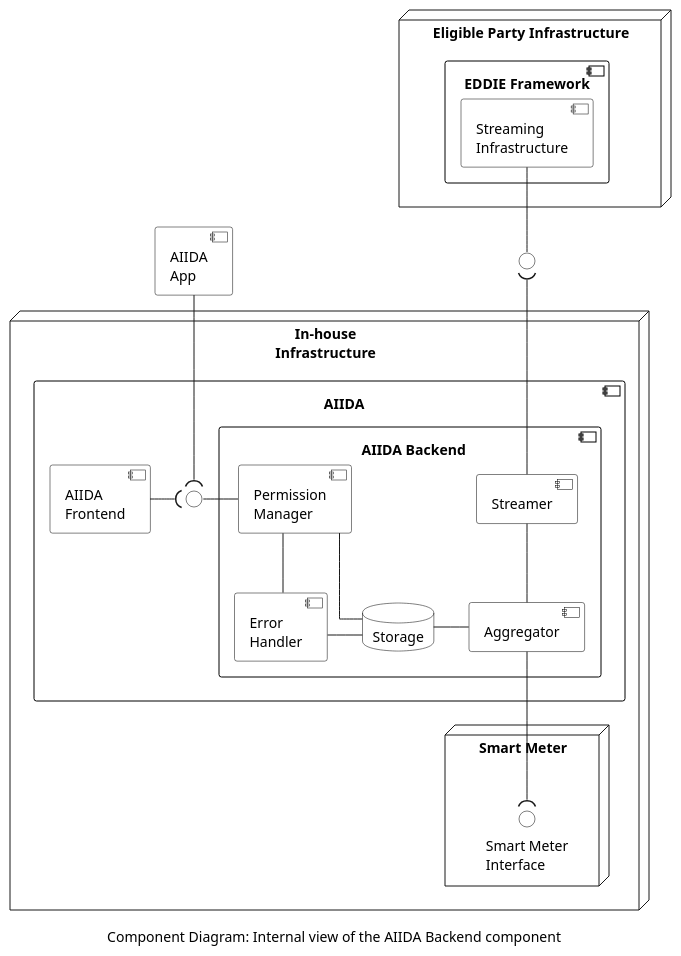
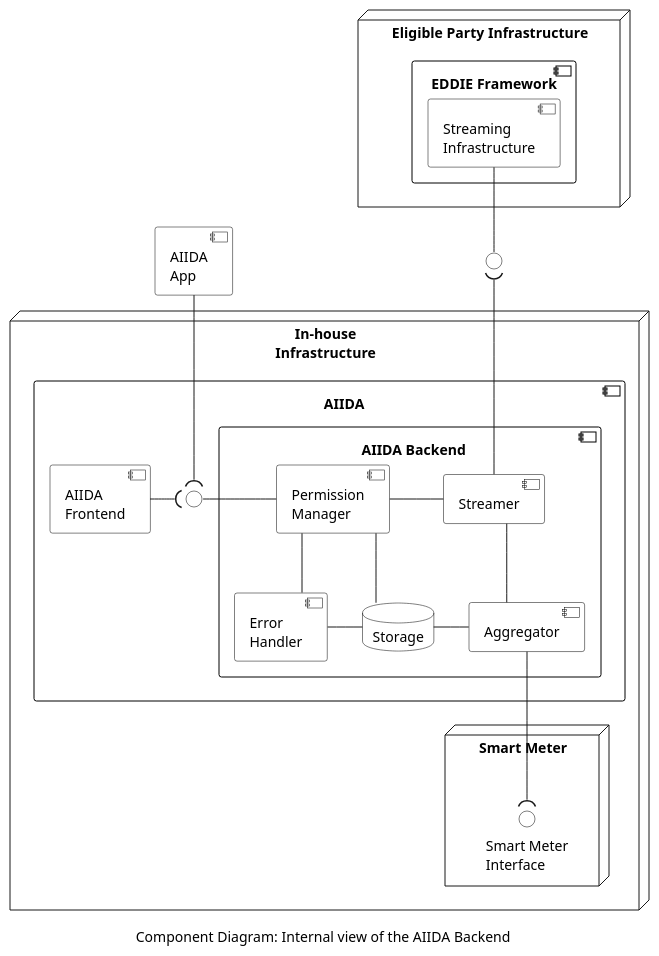
Before and after one commit to eddie-energy/architecture: the diagram in arc42/05-building-block-view/components/components/aiida/aiida-backend/figures/aiida-backend.puml, drawn with PlantUML. The commit also changed 4 other files, not shown here.

```diff
--- a/arc42/05-building-block-view/components/components/aiida/aiida-backend/figures/aiida-backend.puml
+++ b/arc42/05-building-block-view/components/components/aiida/aiida-backend/figures/aiida-backend.puml
@@ -1,68 +1,69 @@
 @startuml aiida-backend
 'component diagram
-caption Component Diagram: Internal view of the AIIDA Backend component
+caption Component Diagram: Internal view of the AIIDA Backend
 
 skinparam linetype ortho
 skinparam interface {
   backgroundColor transparent
   borderColor black
 }
 skinparam component{
   BorderColor black
   BackgroundColor transparent
 }
 skinparam actor{
   BorderColor black
   BackgroundColor transparent
 }
 skinparam database{
   BorderColor black
   BackgroundColor transparent
 }
 skinparam rectangle{
   BorderColor black
   BackgroundColor transparent
 }
 
 node "Eligible Party Infrastructure"  as epInfra{
   component "EDDIE Framework" {
 
     component "Streaming\nInfrastructure" as streaming
   }
 }
 node "In-house\nInfrastructure" {
   component "\tAIIDA" as aiida {
     component "AIIDA\nFrontend" as frontend
     component "  AIIDA Backend" as backend{
       component "Aggregator" as aggregator
       component "Streamer" as streamer
       component "Permission\nManager" as permissionManager
       component "Error\nHandler" as errorHandler
       database "Storage" as storage
     }
     interface " " as aiidaAPI
 
     streamer -down- aggregator
     frontend -right-( aiidaAPI
     aiidaAPI -right- permissionManager
     ' aiidaAPI -right- errorHandler
     permissionManager -down- errorHandler
+    permissionManager -right- streamer
 
     errorHandler -right- storage
     storage -right- aggregator
     permissionManager -down- storage
   }
   node "Smart Meter" as meter {
     interface "Smart Meter\nInterface" as p1
   }
   aggregator -down-( p1
 }
 interface " " as streamAPI
 component "AIIDA\nApp" as app
 
 streaming -down- streamAPI
 streamer -up-( streamAPI
 
 app -down-( aiidaAPI
 
 @enduml
```
